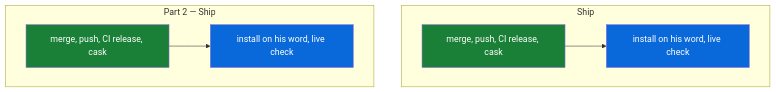
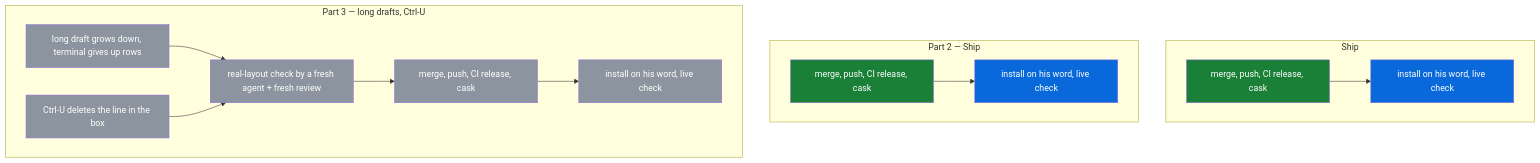
The diagram in docs/compose-box.md (michaeljryoung/patton), drawn with Mermaid before and after one commit. The commit also changed other lines of this file, not shown here.

Commit message:
Compose box part 3 design: long drafts make room below (D15), Ctrl-U (D16), checks (D17) (S60) [no-release]

````diff
--- a/docs/compose-box.md
+++ b/docs/compose-box.md
@@ -13,19 +14,30 @@
 ```mermaid
 flowchart TD
   subgraph S["Ship"]
     box_release[merge, push, CI release, cask]:::done
     box_ship[install on his word, live check]:::live
   end
   subgraph OS["Part 2 — Ship"]
     bar_release[merge, push, CI release, cask]:::done
     bar_ship[install on his word, live check]:::live
   end
+  subgraph P3["Part 3 — long drafts, Ctrl-U"]
+    draft_room[long draft grows down, terminal gives up rows]:::todo
+    ctrl_u[Ctrl-U deletes the line in the box]:::todo
+    room_check[real-layout check by a fresh agent + fresh review]:::todo
+    room_release[merge, push, CI release, cask]:::todo
+    room_ship[install on his word, live check]:::todo
+  end
+  draft_room --> room_check
+  ctrl_u --> room_check
+  room_check --> room_release
+  room_release --> room_ship
   box_release --> box_ship
   bar_release --> bar_ship
   classDef done fill:#1a7f37,color:#fff
   classDef live fill:#0969da,color:#fff
   classDef todo fill:#8c959f,color:#fff
   classDef blocked fill:#cf222e,color:#fff
   classDef dropped fill:#eaeef2,color:#57606a
   classDef superseded fill:#eaeef2,color:#57606a
 ```
````
